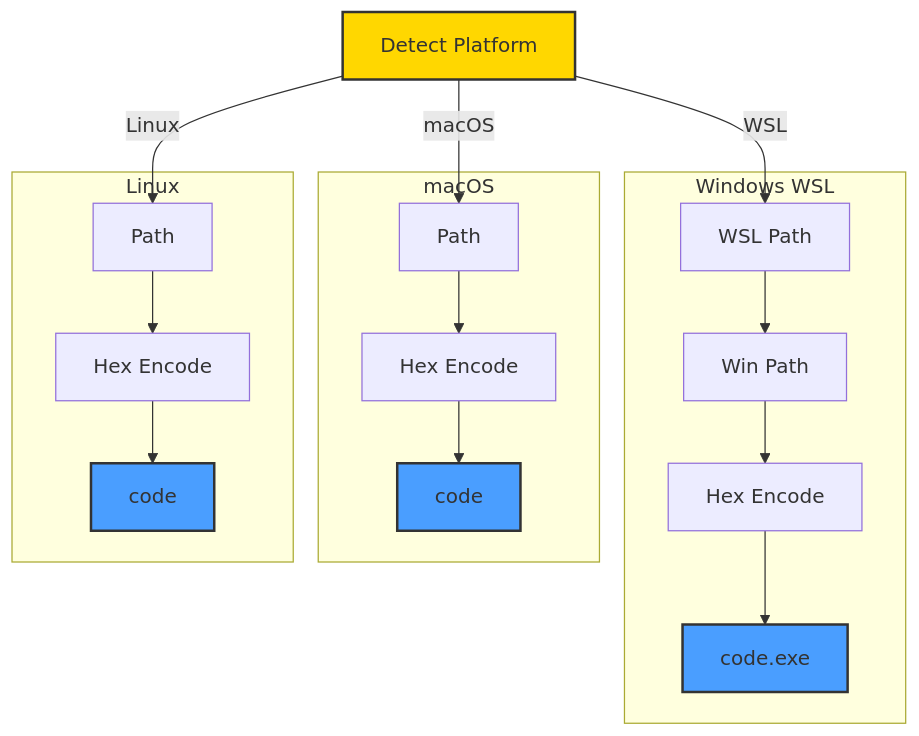
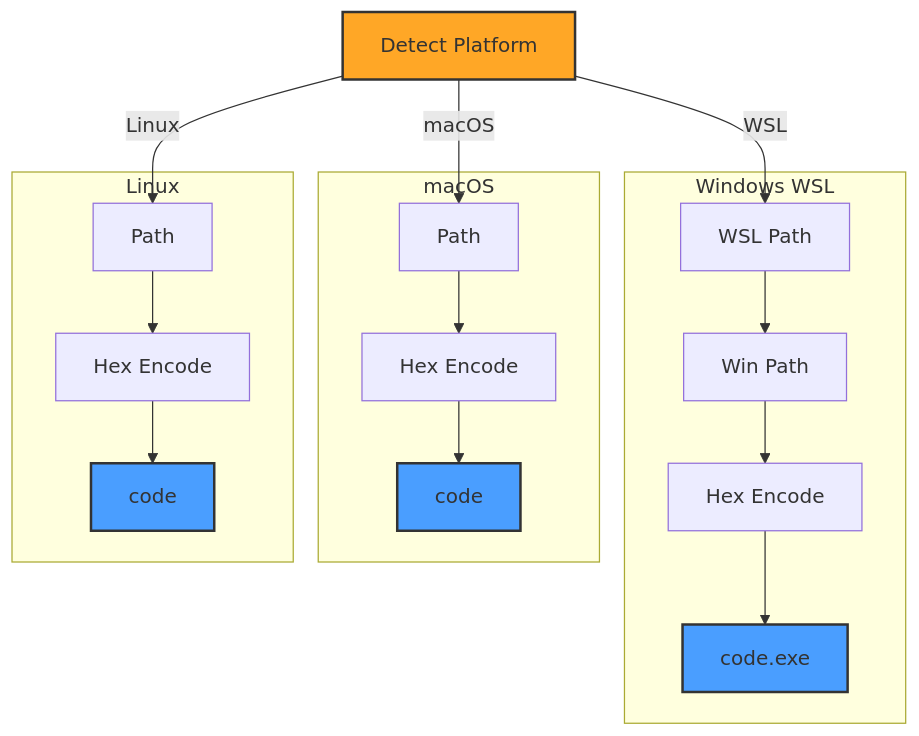
The fourth of 6 diagrams in sparc/3-architecture/diagrams/04-vscode-integration.md (ManuelKugelmann/BitBot), drawn with Mermaid before and after one commit. The commit also changed other lines of this file, not shown here.

Commit message:
Apply FLOW_INNER_BITBOT color scheme to diagram 04
Updated 04-vscode-integration.md:
- Gold (#ffd700) → Orange (#ffa726) for BitBot/DETECT nodes

Simplified to 4-color scheme: blue, orange, green, red.

````diff
--- a/sparc/3-architecture/diagrams/04-vscode-integration.md
+++ b/sparc/3-architecture/diagrams/04-vscode-integration.md
@@ -154,42 +154,42 @@
 ```mermaid
 graph TB
     DETECT[Detect Platform]
 
     subgraph WIN["Windows WSL"]
         WSL_PATH[WSL Path]
         WIN_PATH[Win Path]
         WIN_HEX[Hex Encode]
         WIN_CODE[code.exe]
     end
 
     subgraph MAC["macOS"]
         MAC_PATH[Path]
         MAC_HEX[Hex Encode]
         MAC_CODE[code]
     end
 
     subgraph LIN["Linux"]
         LINUX_PATH[Path]
         LINUX_HEX[Hex Encode]
         LINUX_CODE[code]
     end
 
     DETECT -->|WSL| WSL_PATH
     DETECT -->|macOS| MAC_PATH
     DETECT -->|Linux| LINUX_PATH
 
     WSL_PATH --> WIN_PATH
     WIN_PATH --> WIN_HEX
     WIN_HEX --> WIN_CODE
 
     MAC_PATH --> MAC_HEX
     MAC_HEX --> MAC_CODE
 
     LINUX_PATH --> LINUX_HEX
     LINUX_HEX --> LINUX_CODE
 
-    style DETECT fill:#ffd700,stroke:#333,stroke-width:2px,color:#333
+    style DETECT fill:#ffa726,stroke:#333,stroke-width:2px,color:#333
     style WIN_CODE fill:#4a9eff,stroke:#333,stroke-width:2px
     style MAC_CODE fill:#4a9eff,stroke:#333,stroke-width:2px
     style LINUX_CODE fill:#4a9eff,stroke:#333,stroke-width:2px
 ```
````
